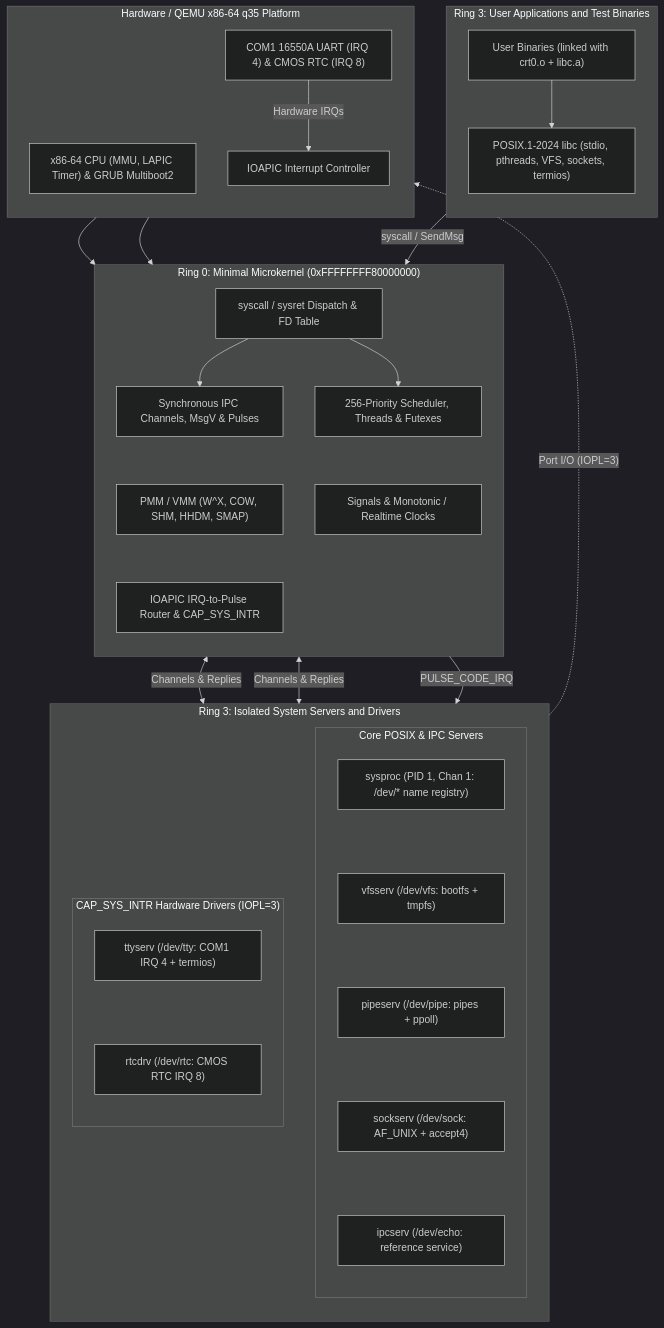
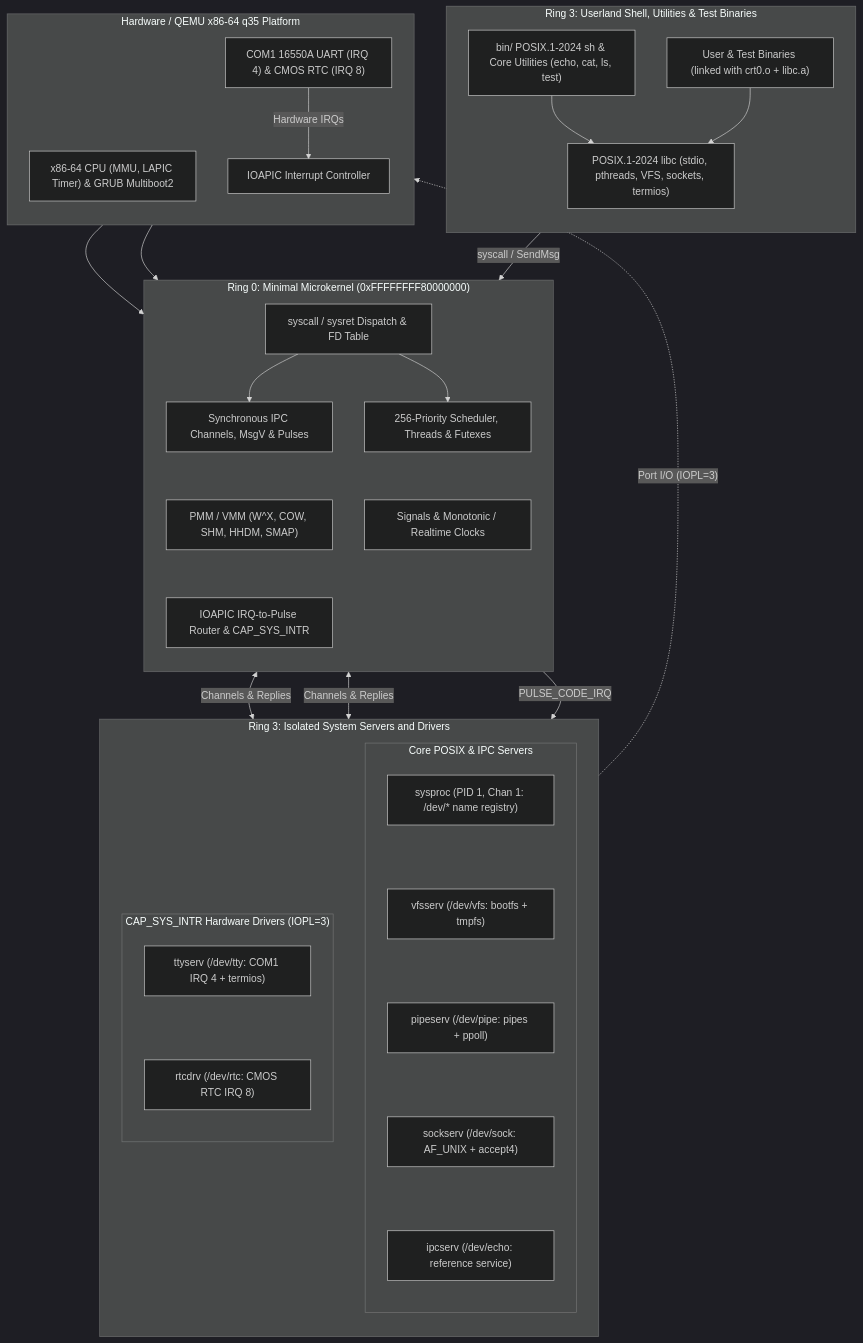
Before and after one commit to Deniz-Eren/microkernel: the diagram in docs/00-overview/context.md, drawn with Mermaid (dark theme). The commit also changed other lines of this file and 26 other files, not shown here.

First line of the commit message:
feat(bin): add Ring 3 POSIX.1-2024 XCU shell (sh) and core utilities

````diff
--- a/docs/00-overview/context.md
+++ b/docs/00-overview/context.md
@@ -24,62 +24,64 @@
 ```mermaid
 flowchart TD
-    subgraph RING3_APP["Ring 3: User Applications and Test Binaries"]
+    subgraph RING3_APP["Ring 3: Userland Shell, Utilities & Test Binaries"]
         direction TB
-        APPS["User Binaries (linked with crt0.o + libc.a)"]
+        SH["bin/ POSIX.1-2024 sh & Core Utilities (echo, cat, ls, test)"]
+        APPS["User & Test Binaries (linked with crt0.o + libc.a)"]
         LIBC["POSIX.1-2024 libc (stdio, pthreads, VFS, sockets, termios)"]
+        SH --> LIBC
         APPS --> LIBC
     end
 
     subgraph RING3_SRV["Ring 3: Isolated System Servers and Drivers"]
         direction TB
         subgraph CORE_SRV["Core POSIX & IPC Servers"]
             direction TB
             SYSPROC["sysproc (PID 1, Chan 1: /dev/* name registry)"]
             VFS["vfsserv (/dev/vfs: bootfs + tmpfs)"]
             PIPE["pipeserv (/dev/pipe: pipes + ppoll)"]
             SOCK["sockserv (/dev/sock: AF_UNIX + accept4)"]
             ECHO["ipcserv (/dev/echo: reference service)"]
             SYSPROC ~~~ VFS
             VFS ~~~ PIPE
             PIPE ~~~ SOCK
             SOCK ~~~ ECHO
         end
         subgraph DRV_SRV["CAP_SYS_INTR Hardware Drivers (IOPL=3)"]
             direction TB
             TTY["ttyserv (/dev/tty: COM1 IRQ 4 + termios)"]
             RTC["rtcdrv (/dev/rtc: CMOS RTC IRQ 8)"]
             TTY ~~~ RTC
         end
     end
 
     subgraph RING0["Ring 0: Minimal Microkernel (0xFFFFFFFF80000000)"]
         direction TB
         SYSCALL["syscall / sysret Dispatch & FD Table"]
         IPC["Synchronous IPC Channels, MsgV & Pulses"]
         SCHED["256-Priority Scheduler, Threads & Futexes"]
         MM["PMM / VMM (W^X, COW, SHM, HHDM, SMAP)"]
         SIGTIME["Signals & Monotonic / Realtime Clocks"]
         IRQ["IOAPIC IRQ-to-Pulse Router & CAP_SYS_INTR"]
         SYSCALL --> IPC
         SYSCALL --> SCHED
         IPC ~~~ MM
         SCHED ~~~ SIGTIME
         MM ~~~ IRQ
     end
 
     subgraph HW["Hardware / QEMU x86-64 q35 Platform"]
         direction TB
         CPU["x86-64 CPU (MMU, LAPIC Timer) & GRUB Multiboot2"]
         IOAPIC["IOAPIC Interrupt Controller"]
         DEV["COM1 16550A UART (IRQ 4) & CMOS RTC (IRQ 8)"]
         DEV -->|"Hardware IRQs"| IOAPIC
     end
 
     LIBC -->|"syscall / SendMsg"| SYSCALL
     IPC <-->|"Channels & Replies"| CORE_SRV
     IPC <-->|"Channels & Replies"| DRV_SRV
     IOAPIC --> IRQ
     IRQ -->|"PULSE_CODE_IRQ"| DRV_SRV
     DRV_SRV -.->|"Port I/O (IOPL=3)"| DEV
     CPU --> SCHED
 ```
````
